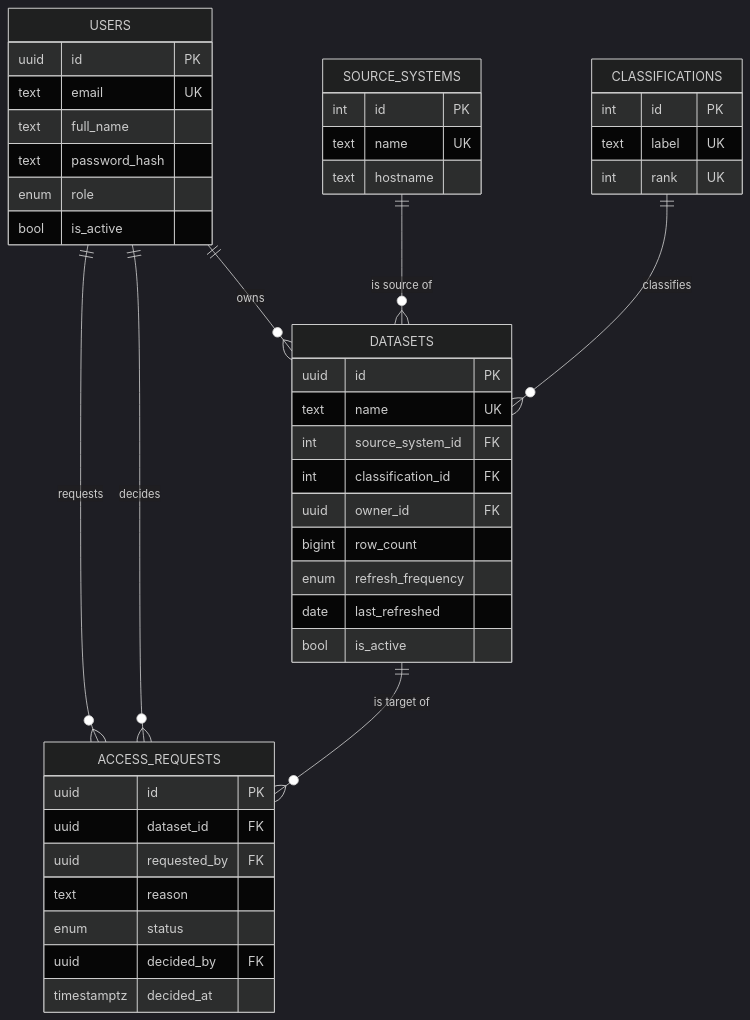
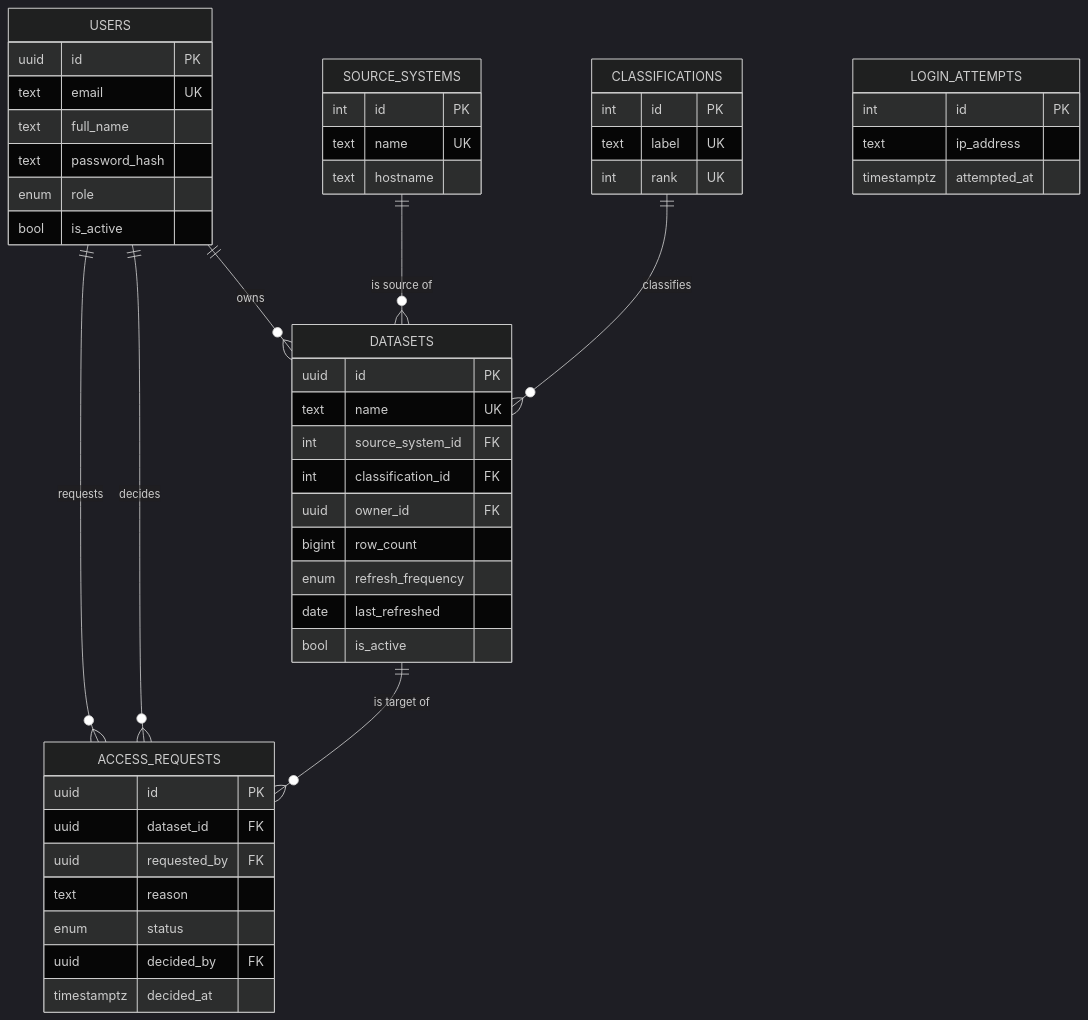
The second of 2 diagrams in README.md (Y1I1/SWE-dataset-catalogue), drawn with Mermaid (dark theme) before and after one commit. The commit also changed other lines of this file and 1 other file, not shown here.

````diff
--- a/README.md
+++ b/README.md
@@ -133,48 +137,53 @@
 ```mermaid
 erDiagram
     USERS ||--o{ DATASETS : owns
     USERS ||--o{ ACCESS_REQUESTS : requests
     USERS ||--o{ ACCESS_REQUESTS : decides
     SOURCE_SYSTEMS ||--o{ DATASETS : "is source of"
     CLASSIFICATIONS ||--o{ DATASETS : classifies
     DATASETS ||--o{ ACCESS_REQUESTS : "is target of"
 
     USERS {
         uuid id PK
         text email UK
         text full_name
         text password_hash
         enum role
         bool is_active
     }
     SOURCE_SYSTEMS {
         int id PK
         text name UK
         text hostname
     }
     CLASSIFICATIONS {
         int id PK
         text label UK
         int rank UK
     }
     DATASETS {
         uuid id PK
         text name UK
         int source_system_id FK
         int classification_id FK
         uuid owner_id FK
         bigint row_count
         enum refresh_frequency
         date last_refreshed
         bool is_active
     }
     ACCESS_REQUESTS {
         uuid id PK
         uuid dataset_id FK
         uuid requested_by FK
         text reason
         enum status
         uuid decided_by FK
         timestamptz decided_at
     }
+    LOGIN_ATTEMPTS {
+        int id PK
+        text ip_address
+        timestamptz attempted_at
+    }
 ```
````
